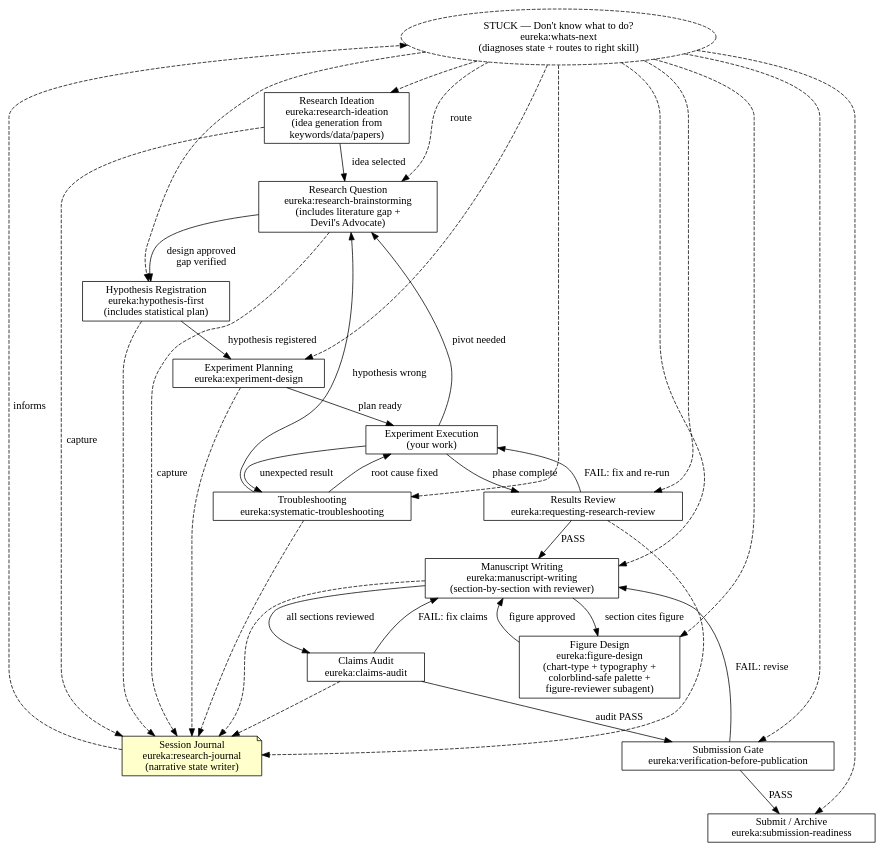
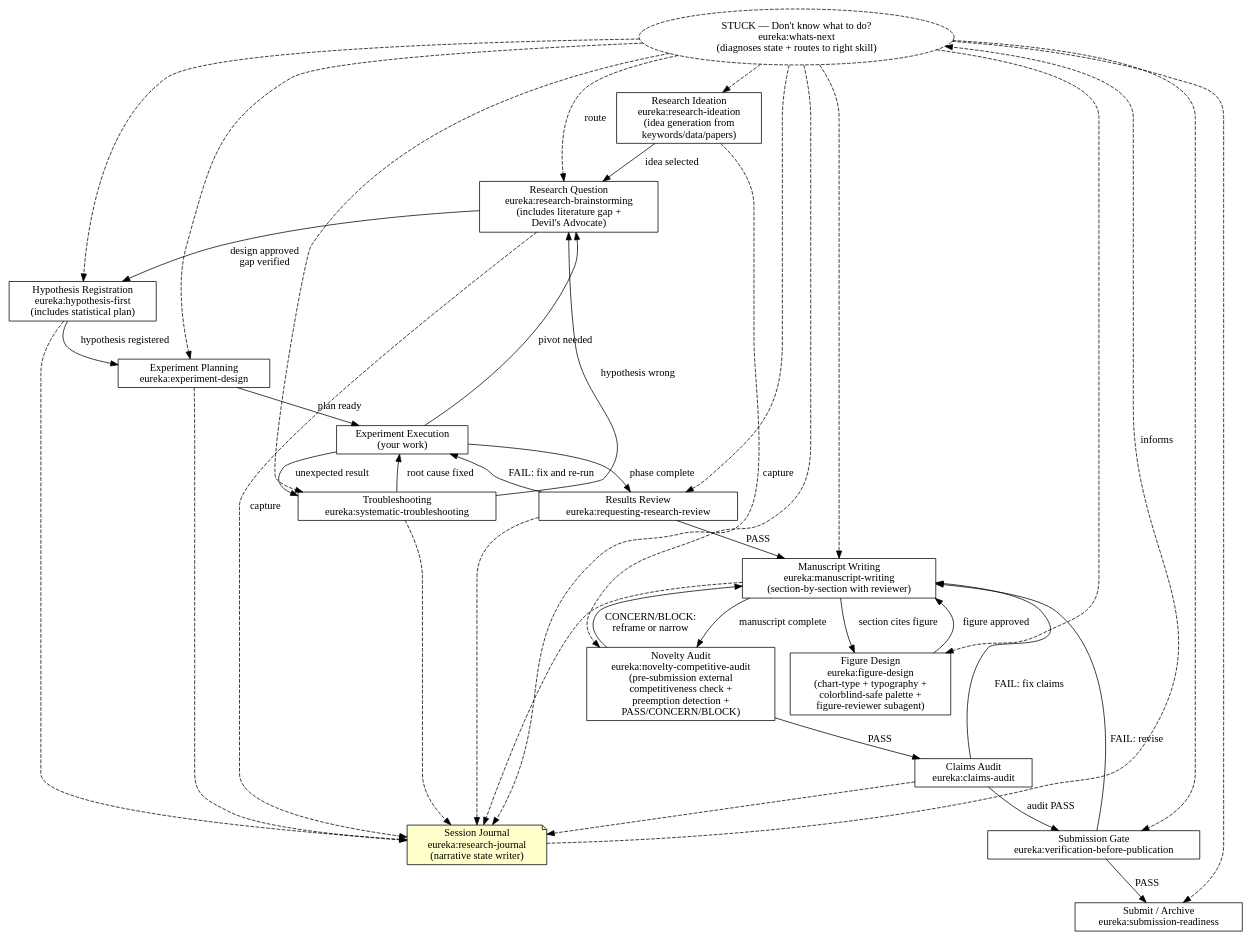
One commit to jeonnoin-alt/Eureka changed the second of 2 diagrams in skills/using-eureka/SKILL.md. Above: the diagram before and after it, drawn with Graphviz. The commit also changed other lines of this file and 16 other files, not shown here.

````diff
--- a/skills/using-eureka/SKILL.md
+++ b/skills/using-eureka/SKILL.md
@@ -94,61 +94,65 @@
 ```dot
 digraph research_lifecycle {
     rankdir=TB;
     node [shape=box];
 
     stuck [label="STUCK — Don't know what to do?\neureka:whats-next\n(diagnoses state + routes to right skill)", shape=ellipse, style=dashed];
     journal [label="Session Journal\neureka:research-journal\n(narrative state writer)", shape=note, style=filled, fillcolor="#ffffcc"];
     rq [label="Research Question\neureka:research-brainstorming\n(includes literature gap +\nDevil's Advocate)"];
     hr [label="Hypothesis Registration\neureka:hypothesis-first\n(includes statistical plan)"];
     plan [label="Experiment Planning\neureka:experiment-design"];
     exp [label="Experiment Execution\n(your work)"];
     trouble [label="Troubleshooting\neureka:systematic-troubleshooting"];
     rev [label="Results Review\neureka:requesting-research-review"];
     write [label="Manuscript Writing\neureka:manuscript-writing\n(section-by-section with reviewer)"];
     figd [label="Figure Design\neureka:figure-design\n(chart-type + typography +\ncolorblind-safe palette +\nfigure-reviewer subagent)"];
+    novelty [label="Novelty Audit\neureka:novelty-competitive-audit\n(pre-submission external\ncompetitiveness check +\npreemption detection +\nPASS/CONCERN/BLOCK)"];
     audit [label="Claims Audit\neureka:claims-audit"];
     pub [label="Submission Gate\neureka:verification-before-publication"];
     submit [label="Submit / Archive\neureka:submission-readiness"];
     ideation [label="Research Ideation\neureka:research-ideation\n(idea generation from\nkeywords/data/papers)"];
 
     ideation -> rq [label="idea selected"];
     rq -> hr [label="design approved\ngap verified"];
     hr -> plan [label="hypothesis registered"];
     plan -> exp [label="plan ready"];
     exp -> trouble [label="unexpected result"];
     trouble -> exp [label="root cause fixed"];
     trouble -> rq [label="hypothesis wrong"];
     exp -> rev [label="phase complete"];
     rev -> exp [label="FAIL: fix and re-run"];
     rev -> write [label="PASS"];
     write -> figd [label="section cites figure"];
     figd -> write [label="figure approved"];
-    write -> audit [label="all sections reviewed"];
+    write -> novelty [label="manuscript complete"];
+    novelty -> write [label="CONCERN/BLOCK:\nreframe or narrow"];
+    novelty -> audit [label="PASS"];
     audit -> pub [label="audit PASS"];
     pub -> write [label="FAIL: revise"];
     audit -> write [label="FAIL: fix claims"];
     pub -> submit [label="PASS"];
     exp -> rq [label="pivot needed"];
 
     stuck -> rq [style=dashed, label="route"];
     stuck -> hr [style=dashed];
     stuck -> plan [style=dashed];
     stuck -> trouble [style=dashed];
     stuck -> rev [style=dashed];
     stuck -> write [style=dashed];
     stuck -> pub [style=dashed];
     stuck -> submit [style=dashed];
     stuck -> ideation [style=dashed];
     stuck -> figd [style=dashed];
+    stuck -> novelty [style=dashed];
 
     ideation -> journal [style=dashed, label="capture"];
     rq -> journal [style=dashed, label="capture"];
     hr -> journal [style=dashed];
     plan -> journal [style=dashed];
     trouble -> journal [style=dashed];
     rev -> journal [style=dashed];
     write -> journal [style=dashed];
     audit -> journal [style=dashed];
     journal -> stuck [style=dashed, label="informs"];
 }
 ```
````
